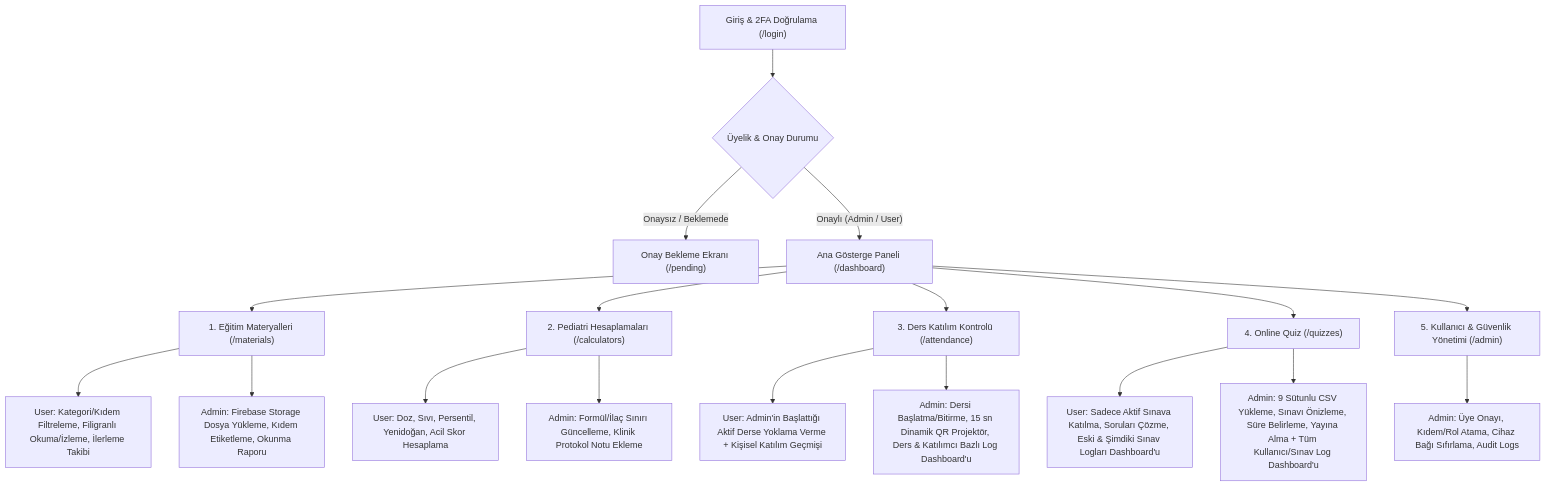
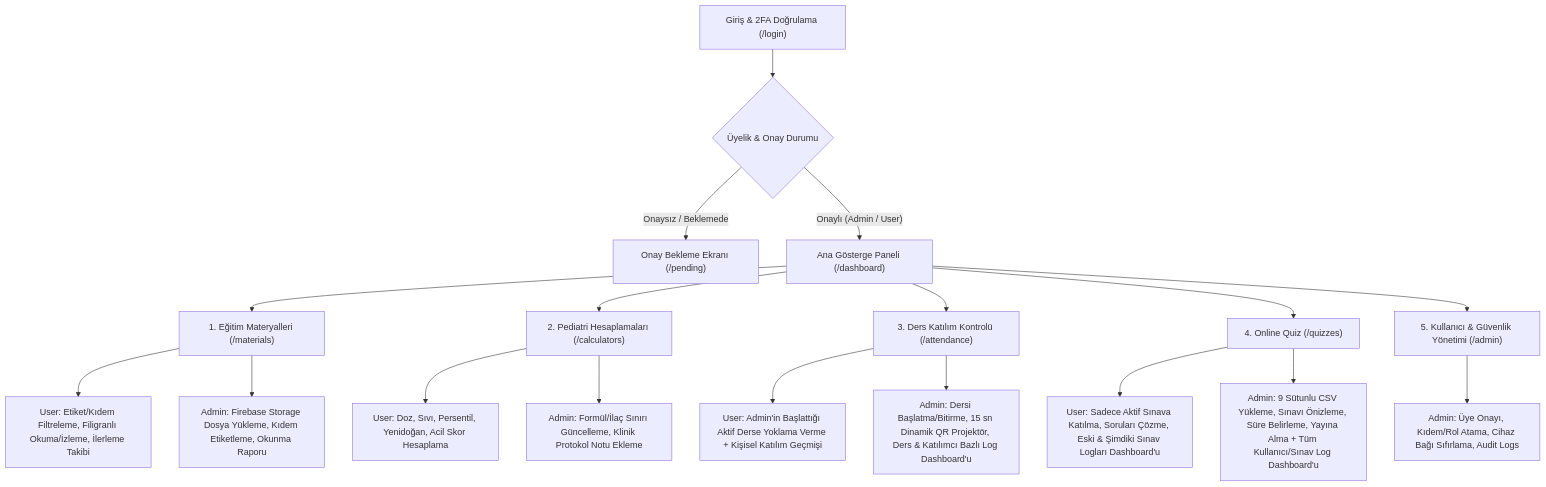
One commit to hansero/pediatrist changed the diagram in Plan.MD. Above: the diagram before and after it, drawn with Mermaid. The commit also changed other lines of this file and 4 other files, not shown here.

````diff
--- a/Plan.MD
+++ b/Plan.MD
@@ -114,26 +114,26 @@
 ```mermaid
 flowchart TD
     Auth["Giriş & 2FA Doğrulama (/login)"] --> Check{"Üyelik & Onay Durumu"}
     Check -- "Onaysız / Beklemede" --> Pending["Onay Bekleme Ekranı (/pending)"]
     Check -- "Onaylı (Admin / User)" --> Dash["Ana Gösterge Paneli (/dashboard)"]
 
     Dash --> P1["1. Eğitim Materyalleri (/materials)"]
     Dash --> P2["2. Pediatri Hesaplamaları (/calculators)"]
     Dash --> P3["3. Ders Katılım Kontrolü (/attendance)"]
     Dash --> P4["4. Online Quiz (/quizzes)"]
     Dash --> P5["5. Kullanıcı & Güvenlik Yönetimi (/admin)"]
 
-    P1 --> P1_U["User: Kategori/Kıdem Filtreleme, Filigranlı Okuma/İzleme, İlerleme Takibi"]
+    P1 --> P1_U["User: Etiket/Kıdem Filtreleme, Filigranlı Okuma/İzleme, İlerleme Takibi"]
     P1 --> P1_A["Admin: Firebase Storage Dosya Yükleme, Kıdem Etiketleme, Okunma Raporu"]
 
     P2 --> P2_U["User: Doz, Sıvı, Persentil, Yenidoğan, Acil Skor Hesaplama"]
     P2 --> P2_A["Admin: Formül/İlaç Sınırı Güncelleme, Klinik Protokol Notu Ekleme"]
 
     P3 --> P3_U["User: Admin'in Başlattığı Aktif Derse Yoklama Verme + Kişisel Katılım Geçmişi"]
     P3 --> P3_A["Admin: Dersi Başlatma/Bitirme, 15 sn Dinamik QR Projektör, Ders & Katılımcı Bazlı Log Dashboard'u"]
 
     P4 --> P4_U["User: Sadece Aktif Sınava Katılma, Soruları Çözme, Eski & Şimdiki Sınav Logları Dashboard'u"]
     P4 --> P4_A["Admin: 9 Sütunlu CSV Yükleme, Sınavı Önizleme, Süre Belirleme, Yayına Alma + Tüm Kullanıcı/Sınav Log Dashboard'u"]
 
     P5 --> P5_A["Admin: Üye Onayı, Kıdem/Rol Atama, Cihaz Bağı Sıfırlama, Audit Logs"]
 ```
````
